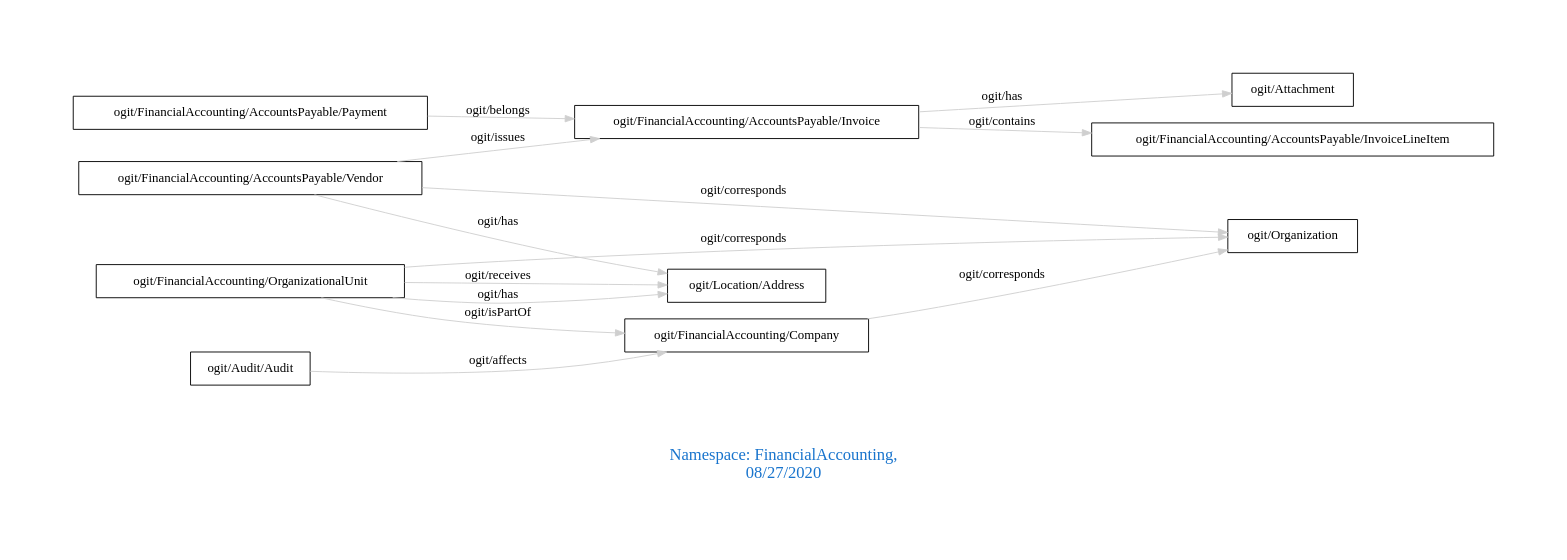
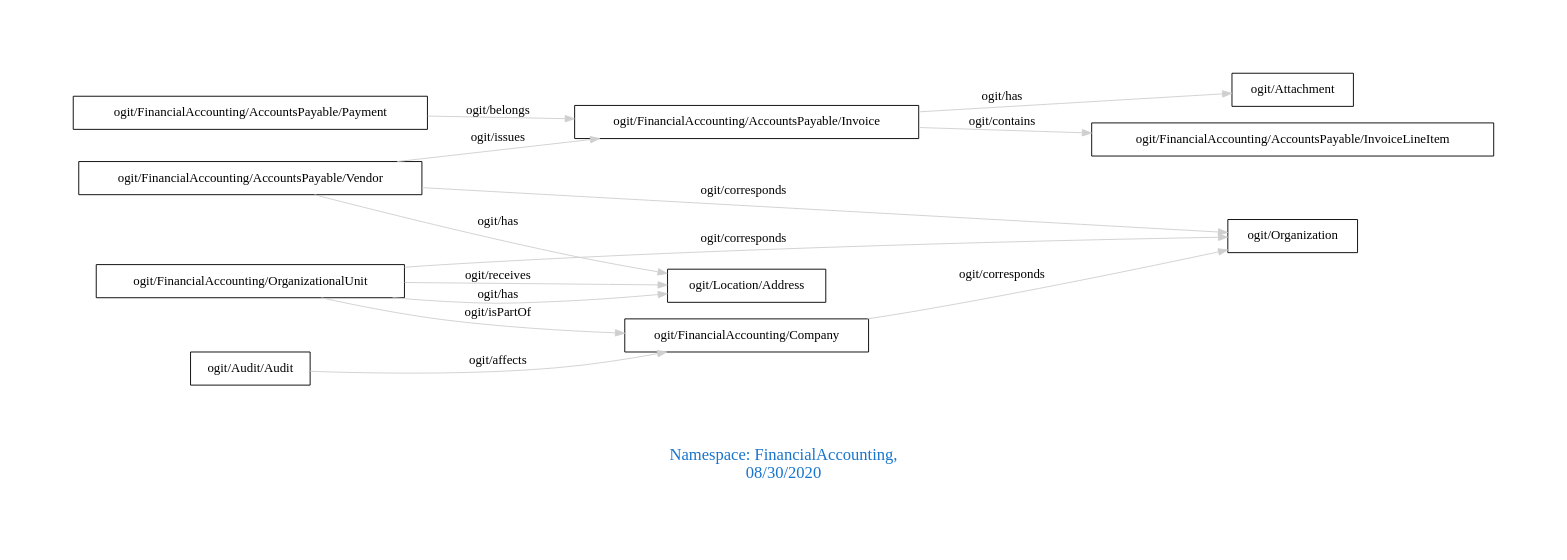
The diagram in downloads/FinancialAccounting.dot (arago/OGIT), drawn with Graphviz before and after one commit. The commit also changed 1811 other files, not shown here.

```diff
--- a/downloads/FinancialAccounting.dot
+++ b/downloads/FinancialAccounting.dot
@@ -1,20 +1,20 @@
 digraph OGIT_ontology {
  graph [ rankdir= LR,pad=1 
 fontsize = 18,
-fontcolor= dodgerblue3,label = "\n\n\nNamespace: FinancialAccounting, \n 08/27/2020"];
+fontcolor= dodgerblue3,label = "\n\n\nNamespace: FinancialAccounting, \n 08/30/2020"];
 node[shape=polygon];
 edge [  color="gray81"];
 
    "ogit/FinancialAccounting/AccountsPayable/Invoice" -> "ogit/FinancialAccounting/AccountsPayable/InvoiceLineItem" [label="   ogit/contains    "];
    "ogit/FinancialAccounting/AccountsPayable/Vendor" -> "ogit/Organization" [label="   ogit/corresponds    "];
    "ogit/FinancialAccounting/Company" -> "ogit/Organization" [label="   ogit/corresponds    "];
    "ogit/FinancialAccounting/OrganizationalUnit" -> "ogit/Organization" [label="   ogit/corresponds    "];
    "ogit/FinancialAccounting/AccountsPayable/Vendor" -> "ogit/FinancialAccounting/AccountsPayable/Invoice" [label="   ogit/issues    "];
    "ogit/Audit/Audit" -> "ogit/FinancialAccounting/Company" [label="   ogit/affects    "];
    "ogit/FinancialAccounting/AccountsPayable/Payment" -> "ogit/FinancialAccounting/AccountsPayable/Invoice" [label="   ogit/belongs    "];
    "ogit/FinancialAccounting/OrganizationalUnit" -> "ogit/Location/Address" [label="   ogit/receives    "];
    "ogit/FinancialAccounting/AccountsPayable/Invoice" -> "ogit/Attachment" [label="   ogit/has    "];
    "ogit/FinancialAccounting/AccountsPayable/Vendor" -> "ogit/Location/Address" [label="   ogit/has    "];
    "ogit/FinancialAccounting/OrganizationalUnit" -> "ogit/Location/Address" [label="   ogit/has    "];
    "ogit/FinancialAccounting/OrganizationalUnit" -> "ogit/FinancialAccounting/Company" [label="   ogit/isPartOf    "];
 }
```
